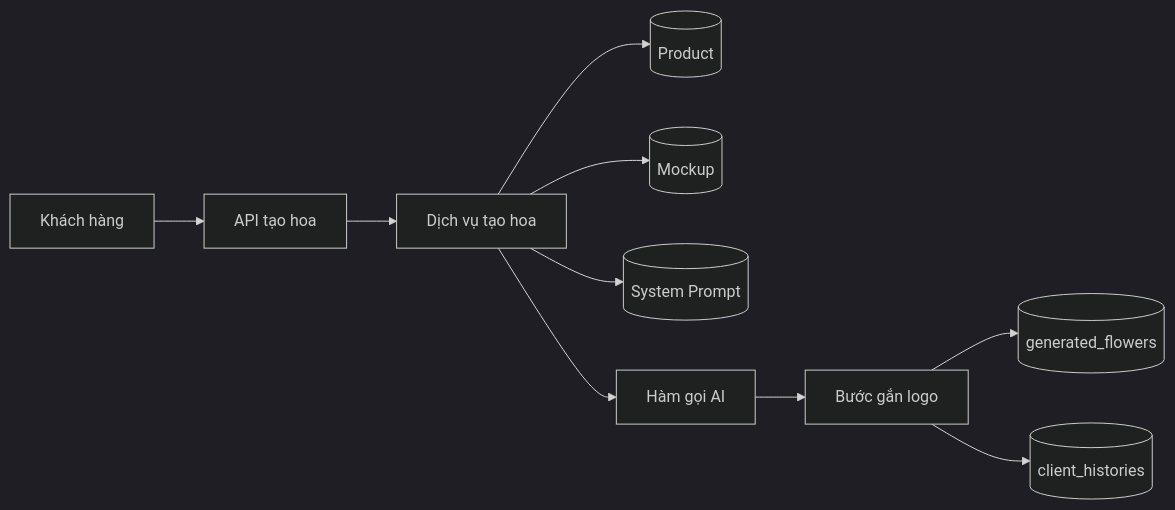
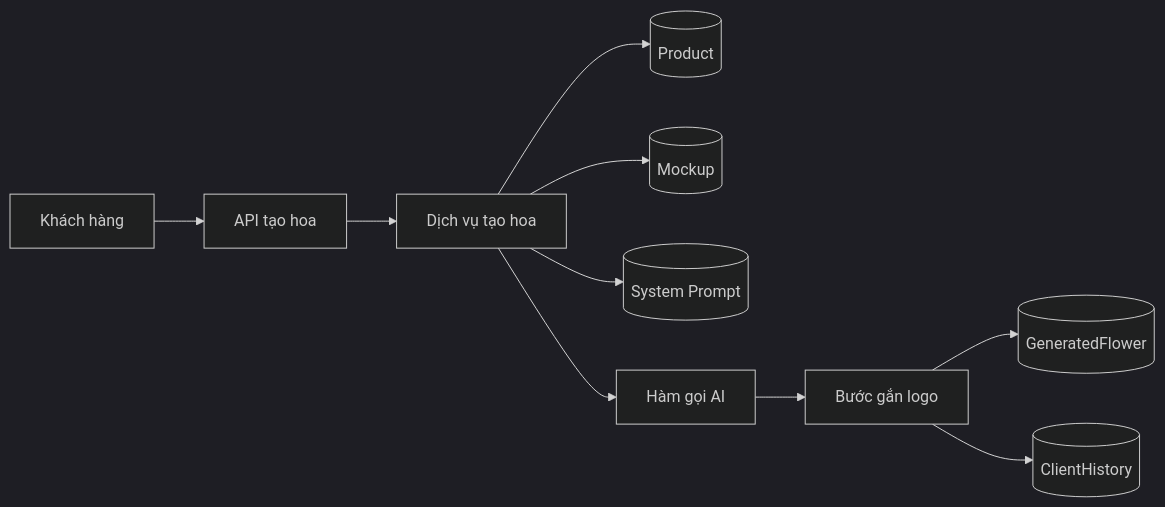
Before and after one commit to TaskCoper/hoatheomua-be: the first of 5 diagrams in HoaTheoMua.Repository/docs/tdd/TDD-016/TDD-016-tao-yeu-cau-va-mau-hoa-ai.md, drawn with Mermaid (dark theme). The commit also changed other lines of this file and 499 other files, not shown here.

````diff
--- a/HoaTheoMua.Repository/docs/tdd/TDD-016/TDD-016-tao-yeu-cau-va-mau-hoa-ai.md
+++ b/HoaTheoMua.Repository/docs/tdd/TDD-016/TDD-016-tao-yeu-cau-va-mau-hoa-ai.md
@@ -91,12 +93,12 @@
 ```mermaid
 flowchart LR
     C[Khách hàng] --> API[API tạo hoa]
     API --> S[Dịch vụ tạo hoa]
     S --> P[(Product)]
     S --> M[(Mockup)]
     S --> SP[(System Prompt)]
     S --> AI[Hàm gọi AI]
     AI --> L[Bước gắn logo]
-    L --> GF[(generated_flowers)]
-    L --> CH[(client_histories)]
+    L --> GF[(GeneratedFlower)]
+    L --> CH[(ClientHistory)]
 ```
````
